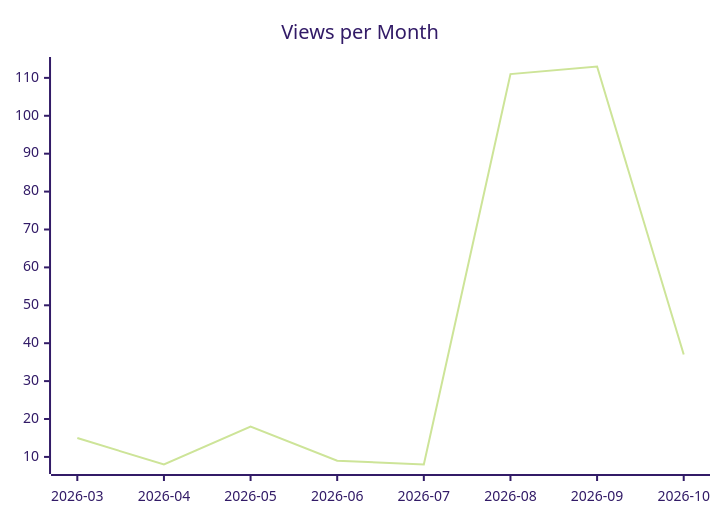
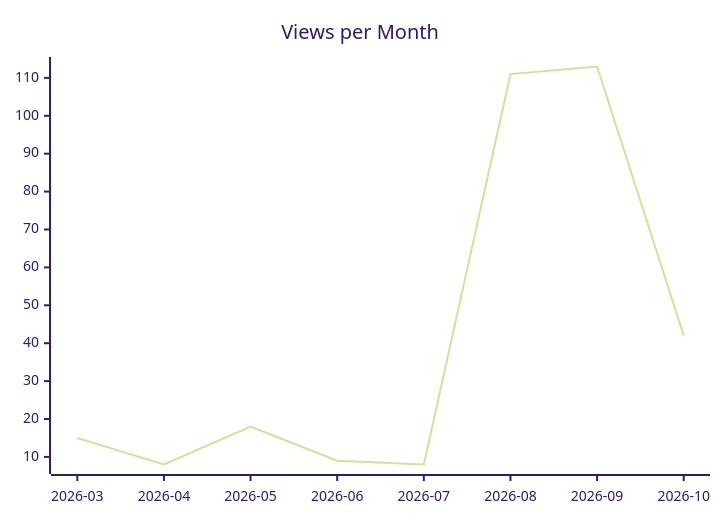
One commit to justdavis-family/github-analytics-data changed the second of 3 diagrams in karlmdavis/xmlpull/README.md. Above: the diagram before and after it, drawn with Mermaid (forest theme). The commit also changed other lines of this file and 202 other files, not shown here.

````diff
--- a/karlmdavis/xmlpull/README.md
+++ b/karlmdavis/xmlpull/README.md
@@ -12,6 +12,6 @@
 ```mermaid
 xychart-beta
   title "Views per Month"
   x-axis ["2026-03", "2026-04", "2026-05", "2026-06", "2026-07", "2026-08", "2026-09", "2026-10"]
-  line [15, 8, 18, 9, 8, 111, 113, 37]
+  line [15, 8, 18, 9, 8, 111, 113, 42]
 ```
````
